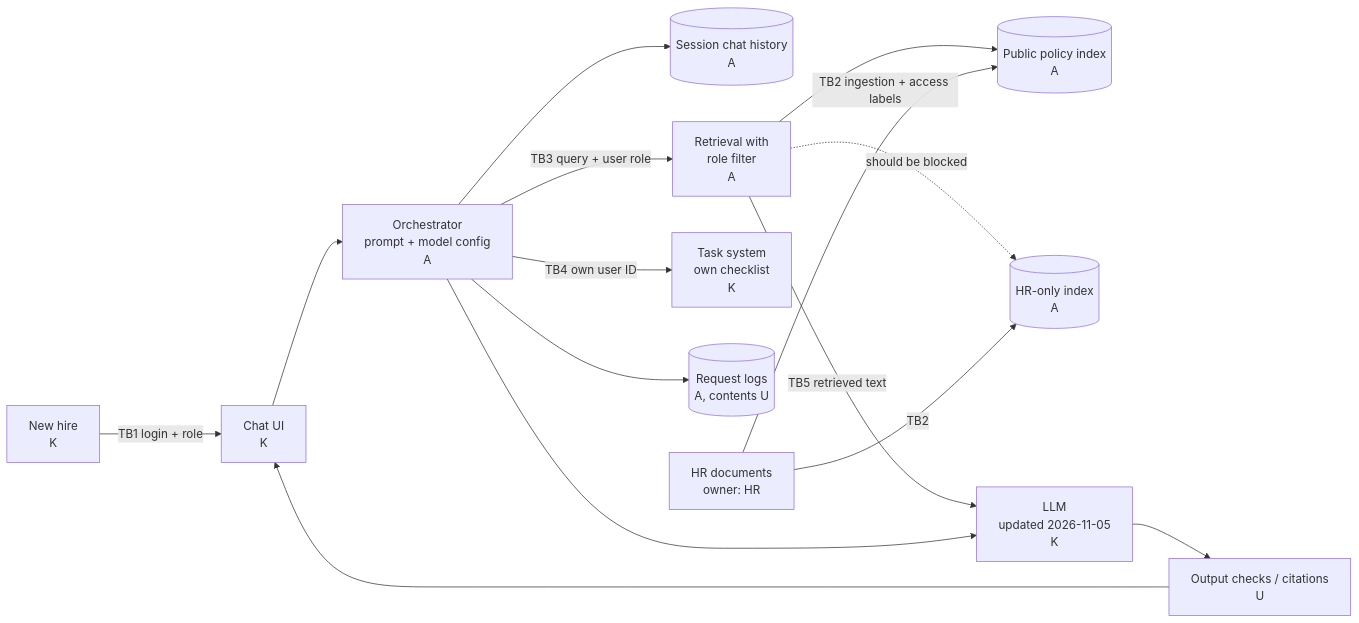
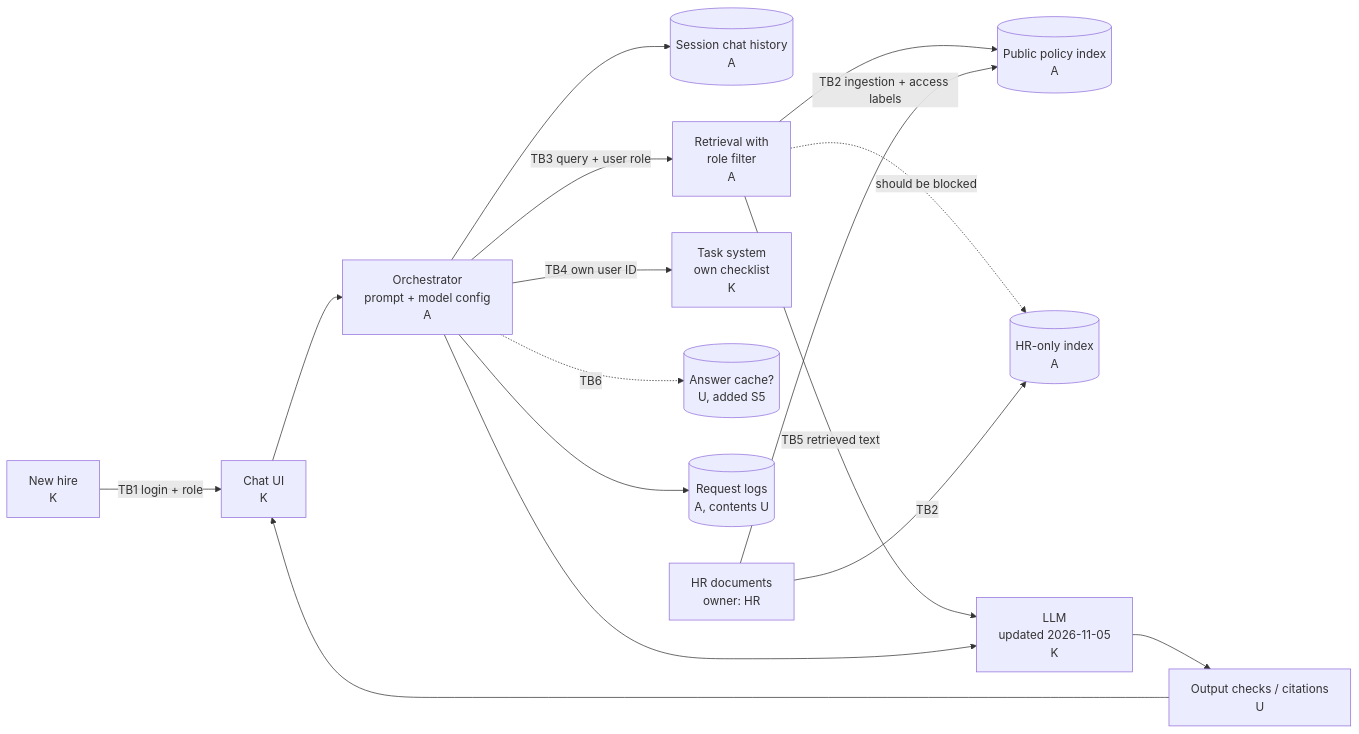
The diagram in work/system-map.md (timvpfeiffer/AI-System-Triage-Project), drawn with Mermaid before and after one commit. The commit also changed other lines of this file and 5 other files, not shown here.

````diff
--- a/work/system-map.md
+++ b/work/system-map.md
@@ -32,17 +32,18 @@
 ```mermaid
 flowchart LR
     U[New hire<br/>K] -->|TB1 login + role| UI[Chat UI<br/>K]
     UI --> O[Orchestrator<br/>prompt + model config<br/>A]
     O --> S[(Session chat history<br/>A)]
     O -->|TB3 query + user role| R[Retrieval with<br/>role filter<br/>A]
     R --> P[(Public policy index<br/>A)]
     R -. should be blocked .-> H[(HR-only index<br/>A)]
     O -->|TB4 own user ID| T[Task system<br/>own checklist<br/>K]
     R -->|TB5 retrieved text| M[LLM<br/>updated 2026-11-05<br/>K]
     O --> M
     M --> V[Output checks / citations<br/>U]
+    O -. TB6 .-> C[(Answer cache?<br/>U, added S5)]
     V --> UI
     O --> L[(Request logs<br/>A, contents U)]
     D[HR documents<br/>owner: HR] -->|TB2 ingestion + access labels| P
     D -->|TB2| H
 ```
````
